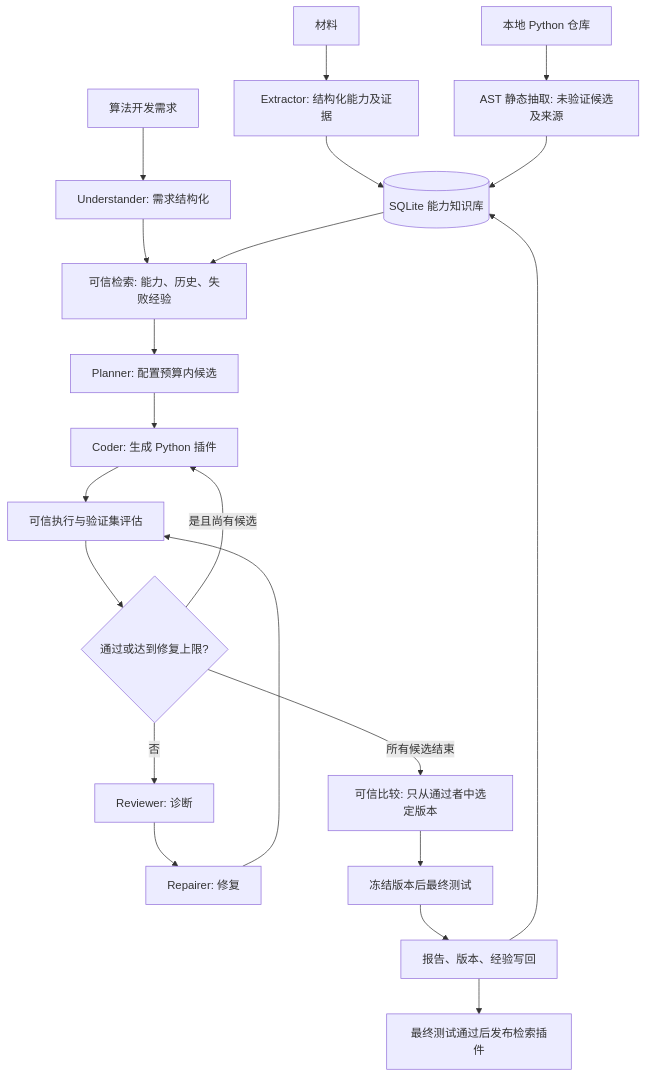
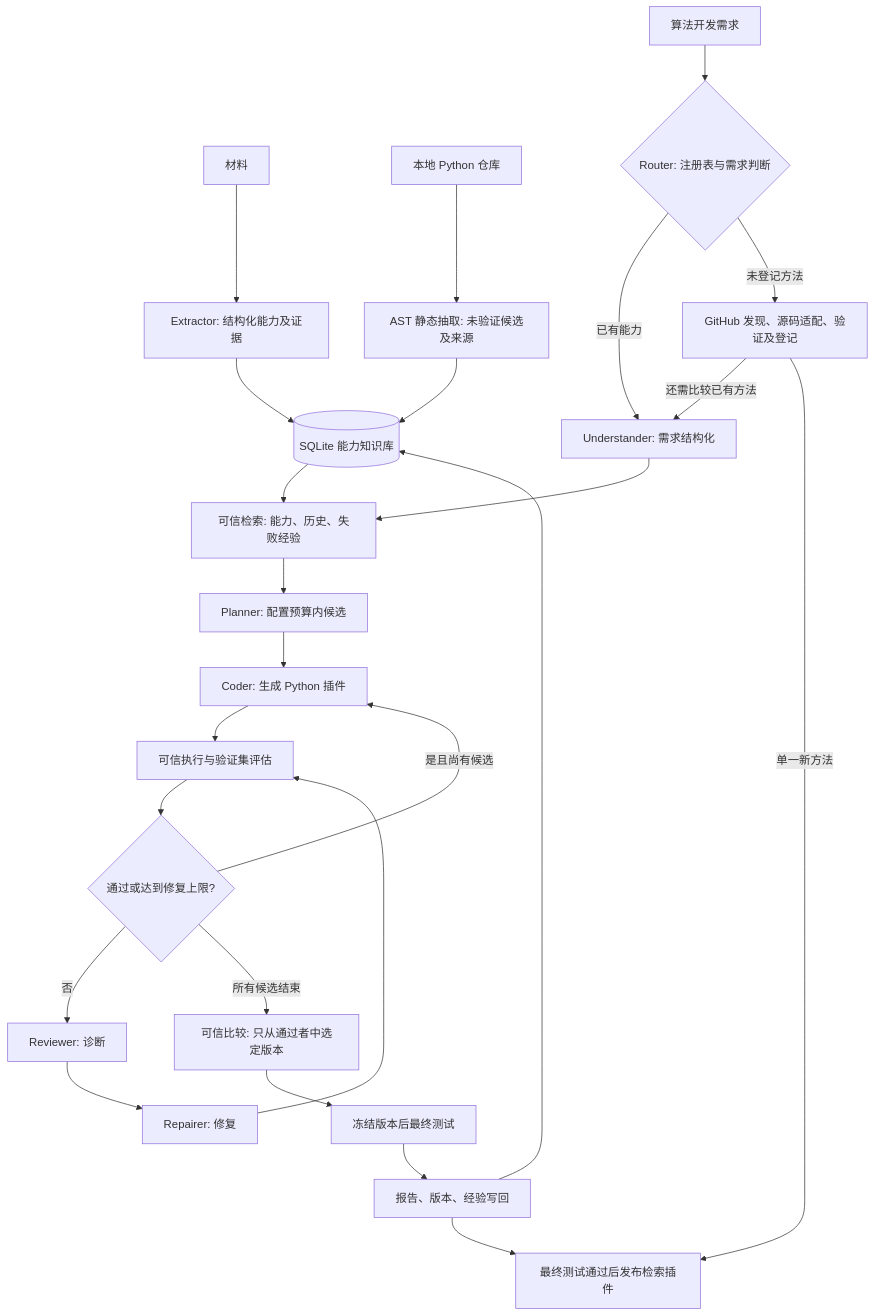
The diagram in docs/architecture.md (CRAZY-NEO/memory-agent-factory), drawn with Mermaid before and after one commit. The commit also changed other lines of this file and 186 other files, not shown here.

````diff
--- a/docs/architecture.md
+++ b/docs/architecture.md
@@ -29,23 +30,27 @@
 ```mermaid
 flowchart TD
   A[材料] --> B[Extractor: 结构化能力及证据]
   B --> K[(SQLite 能力知识库)]
   Repo[本地 Python 仓库] --> AST[AST 静态抽取: 未验证候选及来源]
   AST --> K
-  U[算法开发需求] --> I[Understander: 需求结构化]
+  U[算法开发需求] --> Router{Router: 注册表与需求判断}
+  Router -->|已有能力| I[Understander: 需求结构化]
+  Router -->|未登记方法| Discovery[GitHub 发现、源码适配、验证及登记]
+  Discovery -->|还需比较已有方法| I
+  Discovery -->|单一新方法| O
   I --> R[可信检索: 能力、历史、失败经验]
   K --> R
   R --> P[Planner: 配置预算内候选]
   P --> C[Coder: 生成 Python 插件]
   C --> V[可信执行与验证集评估]
   V --> D{通过或达到修复上限?}
   D -->|否| E[Reviewer: 诊断]
   E --> F[Repairer: 修复]
   F --> V
   D -->|是且尚有候选| C
   D -->|所有候选结束| S[可信比较: 只从通过者中选定版本]
   S --> T[冻结版本后最终测试]
   T --> W[报告、版本、经验写回]
   W --> K
   W --> O[最终测试通过后发布检索插件]
 ```
````
